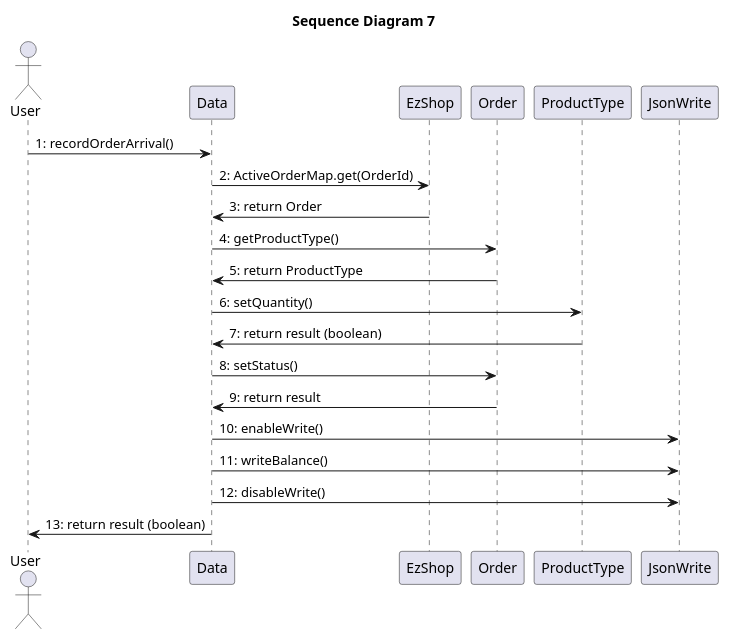
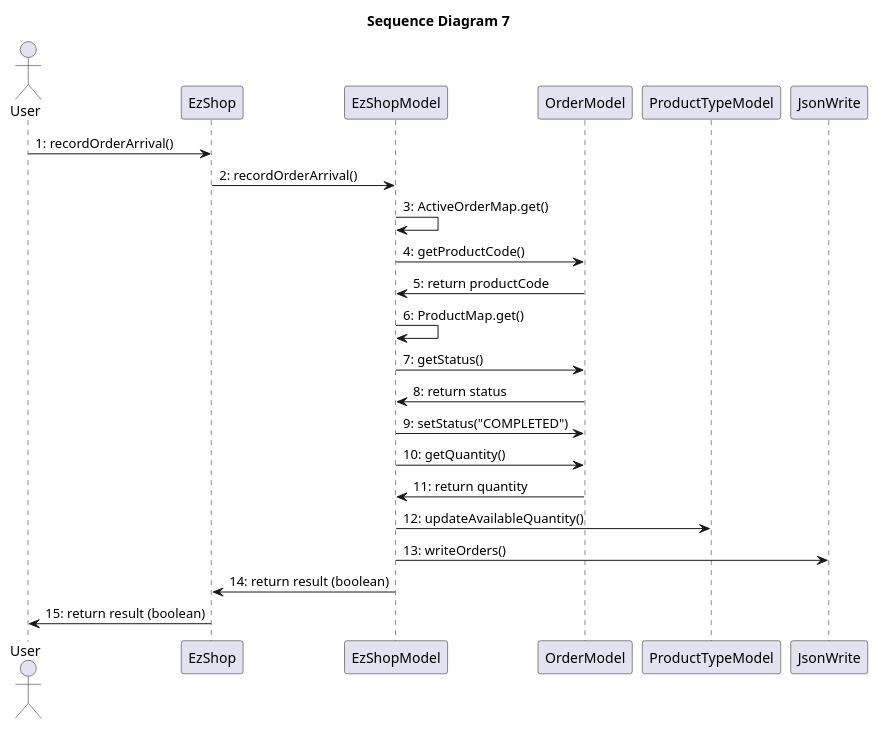
The ninth of 15 diagrams in Deliverables/DesignDocument.md (paolotron/EzshoProject31), drawn with PlantUML before and after one commit. The commit also changed other lines of this file, not shown here.

Commit message:
updating SC 1-3/3-3

````diff
--- a/Deliverables/DesignDocument.md
+++ b/Deliverables/DesignDocument.md
@@ -504,25 +507,27 @@
 ``` plantuml
 @startuml
 title "Sequence Diagram 7"
 actor User as U1
-participant Data
 participant EzShop
-participant Order as O
-participant ProductType as P
+participant EzShopModel
+participant OrderModel as O
+participant ProductTypeModel as P
 participant JsonWrite as JW
 
-U1->Data: 1: recordOrderArrival()
-Data->EzShop: 2: ActiveOrderMap.get(OrderId)
-EzShop->Data: 3: return Order
-Data->O: 4: getProductType()
-O-> Data: 5: return ProductType
-Data->P: 6: setQuantity()
-P->Data: 7: return result (boolean)
-Data->O: 8: setStatus()
-O->Data: 9: return result
-Data -> JW: 10: enableWrite()
-Data -> JW: 11: writeBalance()
-Data -> JW: 12: disableWrite()
-Data->U1: 13: return result (boolean)
+U1->EzShop: 1: recordOrderArrival()
+EzShop->EzShopModel: 2: recordOrderArrival()
+EzShopModel->EzShopModel: 3: ActiveOrderMap.get()
+EzShopModel->O: 4: getProductCode()
+O->EzShopModel: 5: return productCode
+EzShopModel->EzShopModel: 6: ProductMap.get()
+EzShopModel->O: 7: getStatus()
+O-> EzShopModel: 8: return status
+EzShopModel->O: 9: setStatus("COMPLETED")
+EzShopModel->O: 10: getQuantity()
+O->EzShopModel: 11: return quantity
+EzShopModel->P: 12: updateAvailableQuantity()
+EzShopModel -> JW: 13: writeOrders()
+EzShopModel->EzShop: 14: return result (boolean)
+EzShop->U1: 15: return result (boolean)
 @enduml
 ```
````
